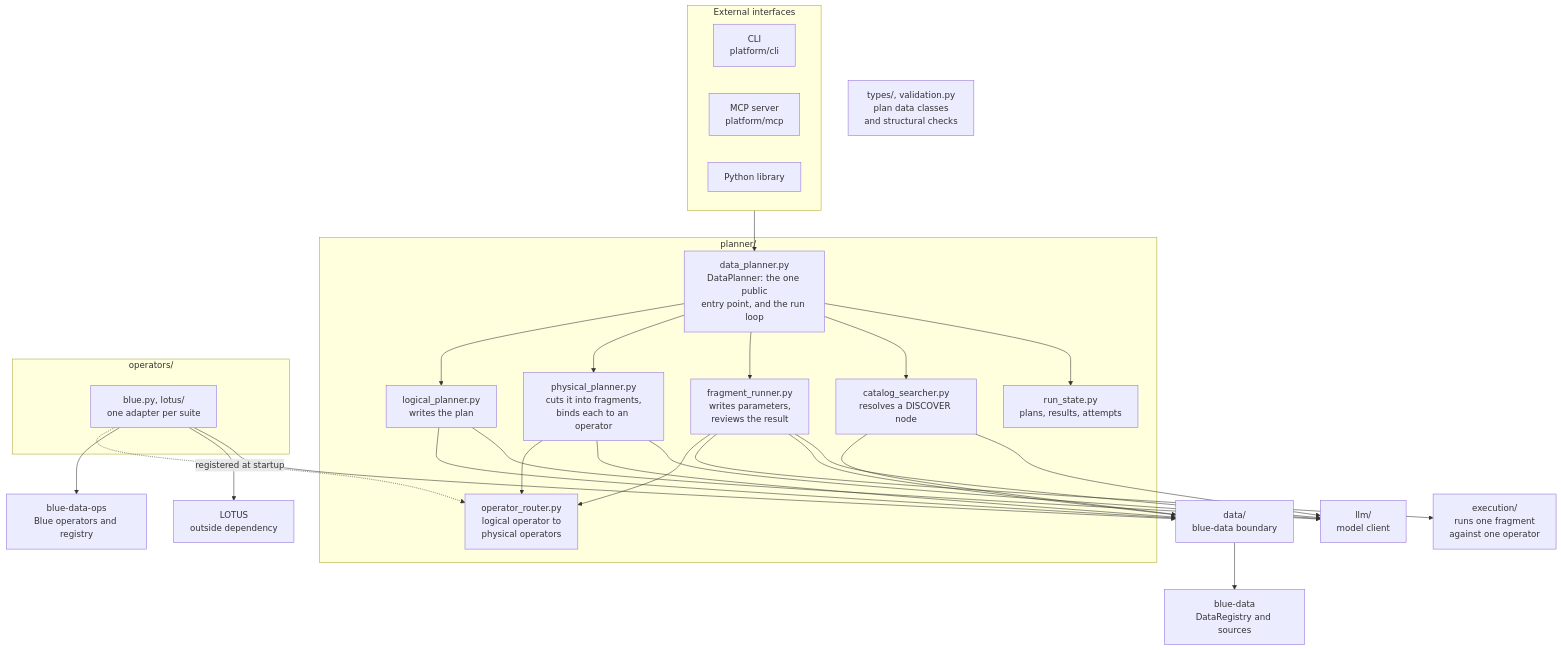
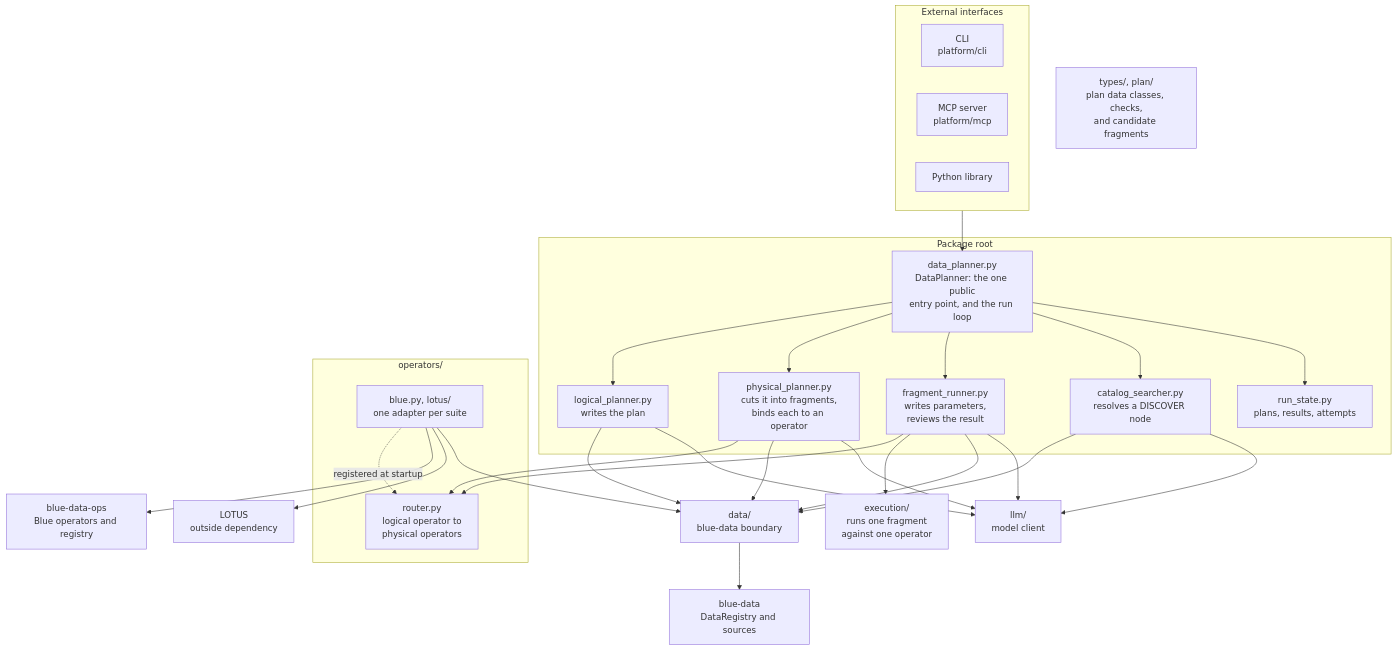
Before and after one commit to megagonlabs/blue-data-planner: the diagram in design/03-high-level-architecture.md, drawn with Mermaid. The commit also changed other lines of this file and 12 other files, not shown here.

Commit message:
Flatten planner/ into the package root and revise the design docs (#9)

````diff
--- a/design/03-high-level-architecture.md
+++ b/design/03-high-level-architecture.md
@@ -15,55 +15,55 @@
 ```mermaid
 flowchart TB
     subgraph interfaces ["External interfaces"]
         CLI["CLI<br/>platform/cli"]
         MCP["MCP server<br/>platform/mcp"]
         LIB["Python library"]
     end
 
-    subgraph plannerbox ["planner/"]
+    subgraph rootbox ["Package root"]
         ENTRY["data_planner.py<br/>DataPlanner: the one public<br/>entry point, and the run loop"]
         LOGICAL["logical_planner.py<br/>writes the plan"]
         PHYSICAL["physical_planner.py<br/>cuts it into fragments,<br/>binds each to an operator"]
         RUNNER["fragment_runner.py<br/>writes parameters,<br/>reviews the result"]
         SEARCH["catalog_searcher.py<br/>resolves a DISCOVER node"]
-        ROUTER["operator_router.py<br/>logical operator to<br/>physical operators"]
         STATE["run_state.py<br/>plans, results, attempts"]
     end
 
     EXEC["execution/<br/>runs one fragment<br/>against one operator"]
 
-    SHARED["types/, validation.py<br/>plan data classes<br/>and structural checks"]
+    SHARED["types/, plan/<br/>plan data classes, checks,<br/>and candidate fragments"]
 
     subgraph opsbox ["operators/"]
+        ROUTER["router.py<br/>logical operator to<br/>physical operators"]
         ADAPT["blue.py, lotus/<br/>one adapter per suite"]
     end
 
     OPS["blue-data-ops<br/>Blue operators and registry"]
     LOTUS["LOTUS<br/>outside dependency"]
     DATA["data/<br/>blue-data boundary"]
     LLM["llm/<br/>model client"]
     BD["blue-data<br/>DataRegistry and sources"]
 
     interfaces --> ENTRY
     ENTRY --> LOGICAL
     ENTRY --> PHYSICAL
     ENTRY --> RUNNER
     ENTRY --> SEARCH
     ENTRY --> STATE
     PHYSICAL --> ROUTER
     RUNNER --> ROUTER
     RUNNER --> EXEC
     ADAPT -.->|"registered at startup"| ROUTER
     ADAPT --> OPS
     ADAPT --> LOTUS
     ADAPT --> DATA
     LOGICAL --> DATA
     PHYSICAL --> DATA
     RUNNER --> DATA
     SEARCH --> DATA
     LOGICAL --> LLM
     PHYSICAL --> LLM
     RUNNER --> LLM
     SEARCH --> LLM
     DATA --> BD
 ```
````
